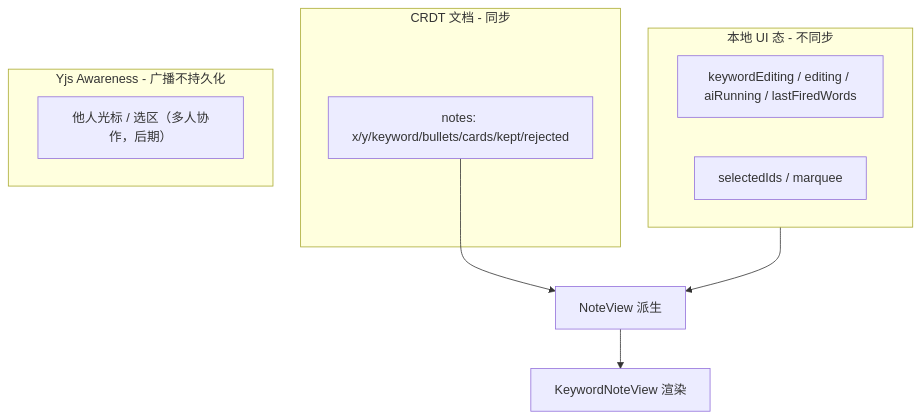
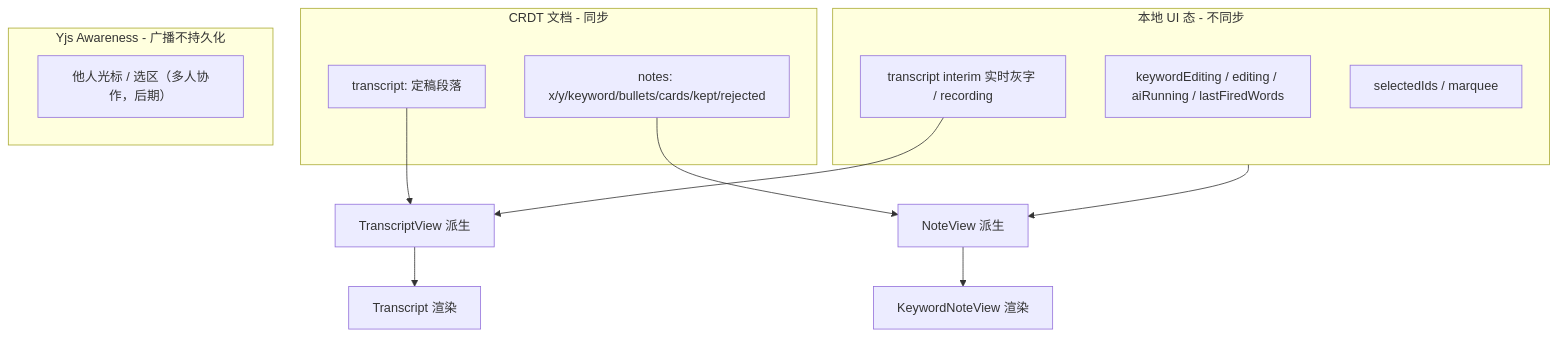
One commit to jaasminew/my-thinking-pal changed the diagram in docs/modules/10-frontend-canvas.md. Above: the diagram before and after it, drawn with Mermaid. The commit also changed other lines of this file and 3 other files, not shown here.

````diff
--- a/docs/modules/10-frontend-canvas.md
+++ b/docs/modules/10-frontend-canvas.md
@@ -21,16 +21,21 @@
 ```mermaid
 flowchart TB
   subgraph crdt [CRDT 文档 - 同步]
+    transcript[transcript: 定稿段落]
     notes[notes: x/y/keyword/bullets/cards/kept/rejected]
   end
   subgraph local [本地 UI 态 - 不同步]
+    interim[transcript interim 实时灰字 / recording]
     ui[keywordEditing / editing / aiRunning / lastFiredWords]
     sel[selectedIds / marquee]
   end
   subgraph awareness [Yjs Awareness - 广播不持久化]
     cursor[他人光标 / 选区（多人协作，后期）]
   end
+  transcript --> tview[TranscriptView 派生]
+  interim --> tview
   notes --> view[NoteView 派生]
   local --> view
+  tview --> trender[Transcript 渲染]
   view --> render[KeywordNoteView 渲染]
 ```
````
